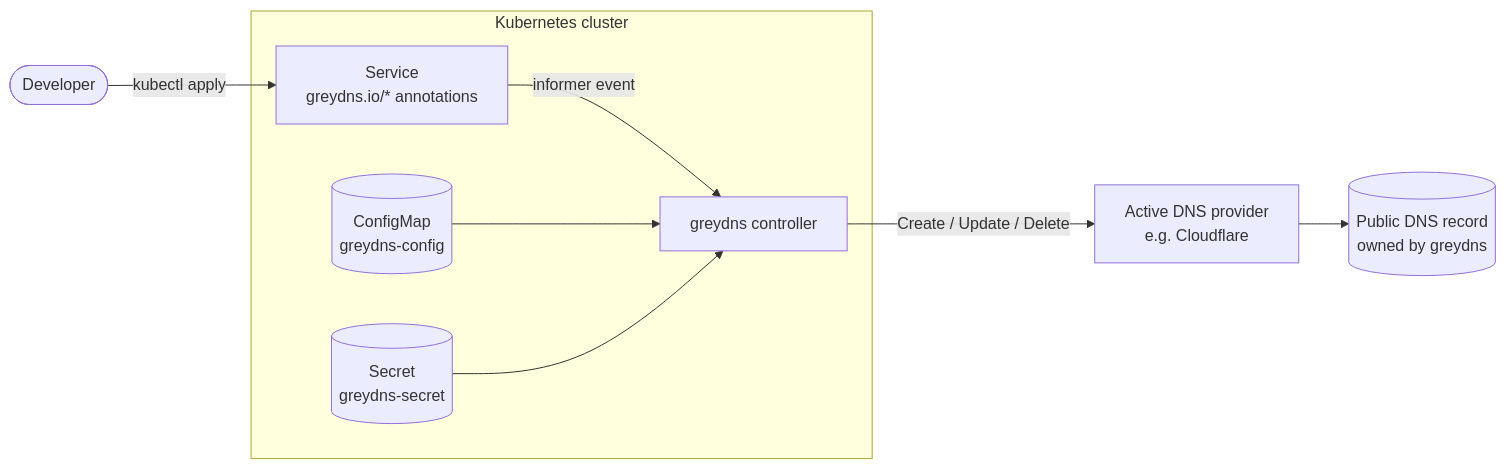
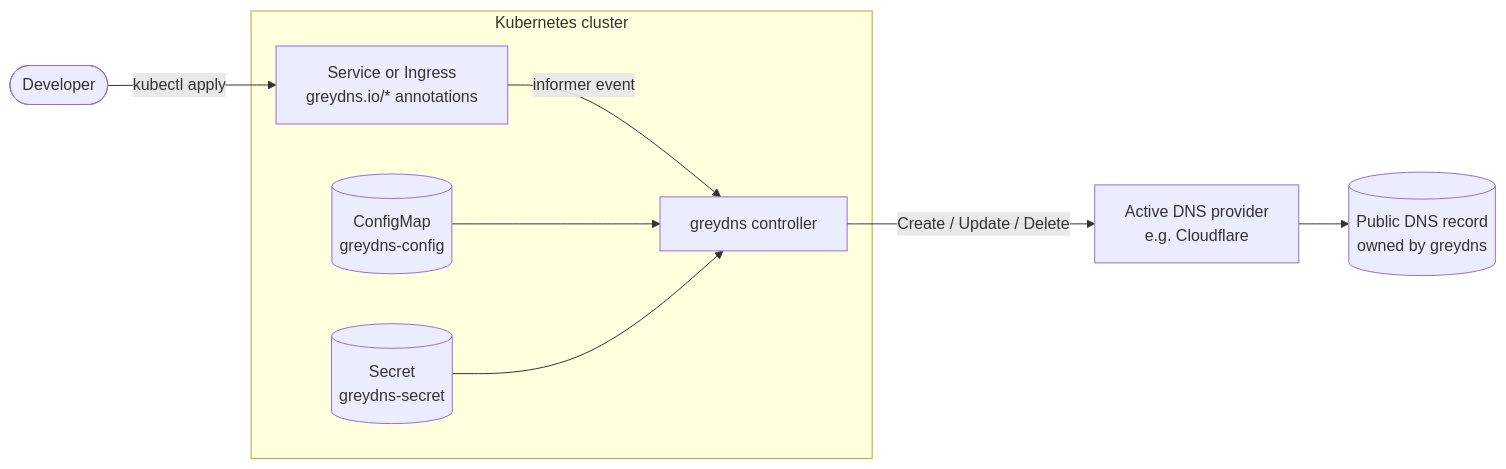
The diagram in README.md (math280h/greydns), drawn with Mermaid before and after one commit. The commit also changed other lines of this file and 8 other files, not shown here.

````diff
--- a/README.md
+++ b/README.md
@@ -12,11 +12,11 @@
 ```mermaid
 flowchart LR
-    dev([Developer]) -->|kubectl apply| svc["Service<br/>greydns.io/* annotations"]
+    dev([Developer]) -->|kubectl apply| svc["Service or Ingress<br/>greydns.io/* annotations"]
     subgraph k8s[Kubernetes cluster]
         svc -->|informer event| ctrl[greydns controller]
         cm[(ConfigMap<br/>greydns-config)] --> ctrl
         sec[(Secret<br/>greydns-secret)] --> ctrl
     end
     ctrl -->|Create / Update / Delete| prov[Active DNS provider<br/>e.g. Cloudflare]
     prov --> dns[(Public DNS record<br/>owned by greydns)]
 ```
````
